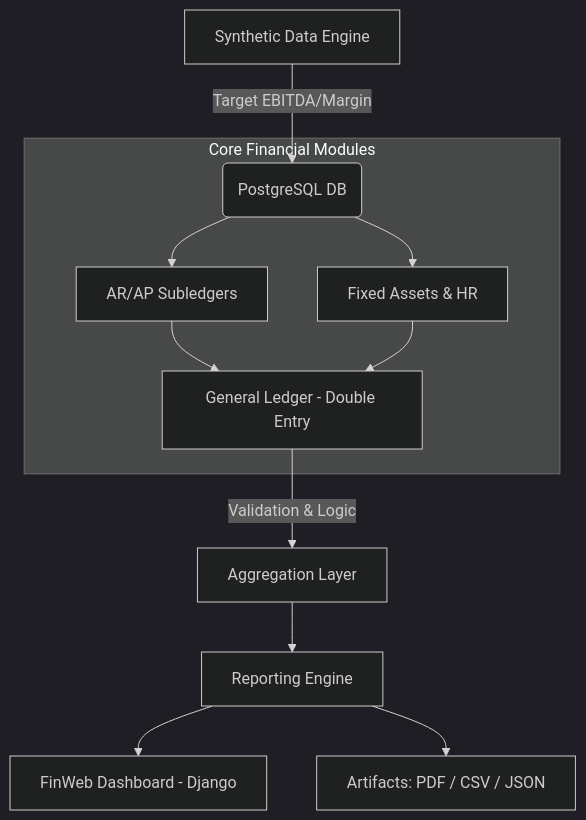
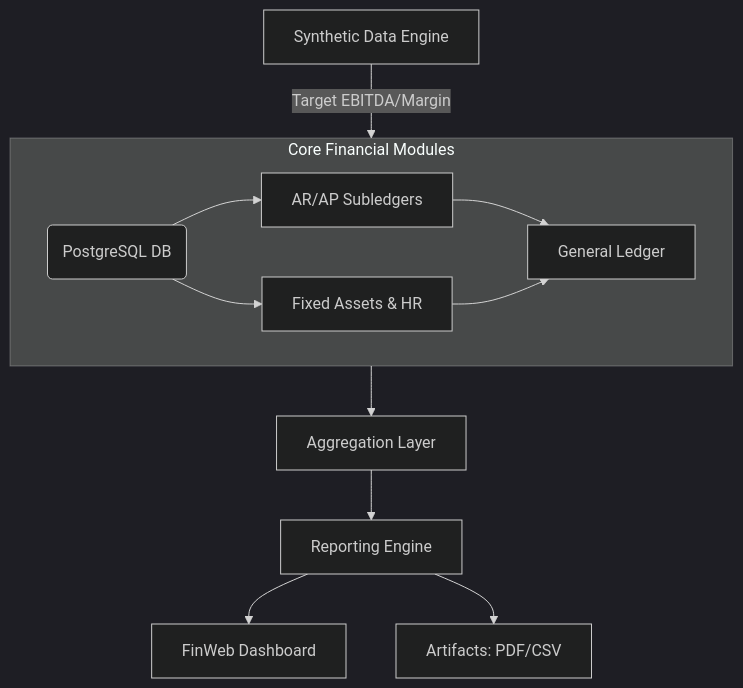
Before and after one commit to Joylizzie/ERP-Financial-Analytics-Engine: the diagram in readme/README.md, drawn with Mermaid (dark theme). The commit also changed other lines of this file and 1 other file, not shown here.

Commit message:
revise readme

````diff
--- a/readme/README.md
+++ b/readme/README.md
@@ -26,14 +26,17 @@
 ```mermaid
 graph TD
     A[Synthetic Data Engine] -->|Target EBITDA/Margin| B(PostgreSQL DB)
+    
     subgraph "Core Financial Modules"
+    direction LR
     B --> C[AR/AP Subledgers]
     B --> D[Fixed Assets & HR]
-    C --> E[General Ledger - Double Entry]
+    C --> E[General Ledger]
     D --> E
     end
-    E -->|Validation & Logic| F[Aggregation Layer]
+    
+    E --> F[Aggregation Layer]
     F --> G[Reporting Engine]
-    G --> H[FinWeb Dashboard - Django]
-    G --> I[Artifacts: PDF / CSV / JSON]
+    G --> H[FinWeb Dashboard]
+    G --> I[Artifacts: PDF/CSV]
 ```
````
